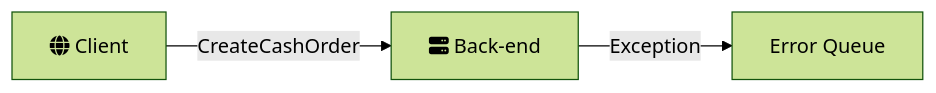
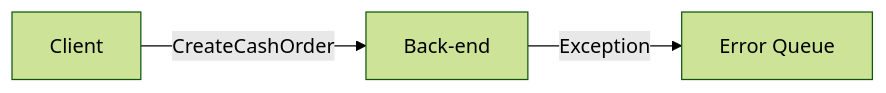
Before and after one commit to mauroservienti/milestone.github.io: the first of 2 diagrams in _posts/2019-09-10-businesses-dont-fail-they-make-mistakes.md, drawn with Mermaid (forest theme).

Commit message:
Remove icons from diagram

```diff
--- a/_posts/2019-09-10-businesses-dont-fail-they-make-mistakes.md
+++ b/_posts/2019-09-10-businesses-dont-fail-they-make-mistakes.md
@@ -60,5 +60,5 @@
 <div class="mermaid">
 graph LR
-   A[fa:fa-globe Client] -->|CreateCashOrder| B[fa:fa-server Back-end]
-   B -->|Exception| C[Error Queue]
+   Client -->|CreateCashOrder| B[Back-end]
+   B -->|Exception| E[Error Queue]
 </div>
```
